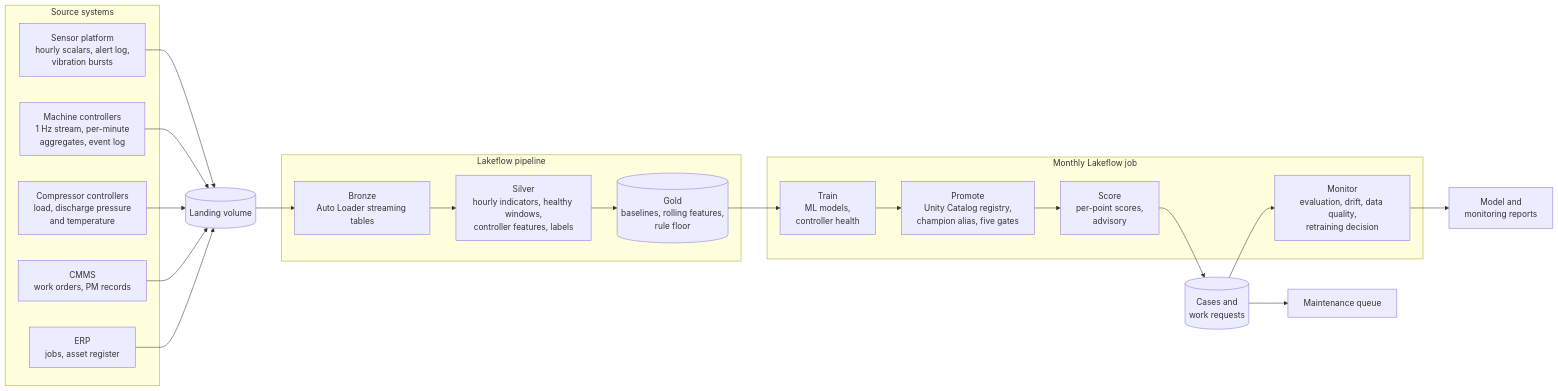
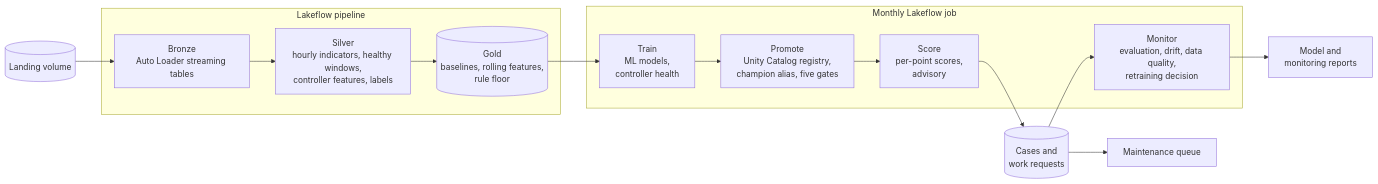
The second of 2 diagrams in README.md (bmdvs/predictive-maintenance-ml), drawn with Mermaid before and after one commit. The commit also changed other lines of this file, not shown here.

````diff
--- a/README.md
+++ b/README.md
@@ -101,33 +153,22 @@
 ```mermaid
 flowchart LR
-  subgraph SRC["Source systems"]
-    SP["Sensor platform<br/>hourly scalars, alert log,<br/>vibration bursts"]
-    CNC["Machine controllers<br/>1 Hz stream, per-minute<br/>aggregates, event log"]
-    CMPC["Compressor controllers<br/>load, discharge pressure<br/>and temperature"]
-    CMMS["CMMS<br/>work orders, PM records"]
-    ERP["ERP<br/>jobs, asset register"]
-  end
+  LAND[("Landing volume")]
   subgraph PIPE["Lakeflow pipeline"]
     BRZ["Bronze<br/>Auto Loader streaming tables"]
     SLV["Silver<br/>hourly indicators, healthy windows,<br/>controller features, labels"]
     GLD[("Gold<br/>baselines, rolling features,<br/>rule floor")]
   end
   subgraph JOB["Monthly Lakeflow job"]
     TRAIN["Train<br/>ML models,<br/>controller health"]
     PROM["Promote<br/>Unity Catalog registry,<br/>champion alias, five gates"]
     SCORE["Score<br/>per-point scores,<br/>advisory"]
     MON["Monitor<br/>evaluation, drift, data quality,<br/>retraining decision"]
   end
-  SP --> LAND
-  CNC --> LAND
-  CMPC --> LAND
-  CMMS --> LAND
-  ERP --> LAND
-  LAND[("Landing volume")] --> BRZ
+  LAND --> BRZ
   BRZ --> SLV --> GLD
   GLD --> TRAIN --> PROM --> SCORE
   SCORE --> CASES[("Cases and<br/>work requests")]
   CASES --> MON
   CASES --> QUEUE["Maintenance queue"]
   MON --> REP["Model and<br/>monitoring reports"]
 ```
````
